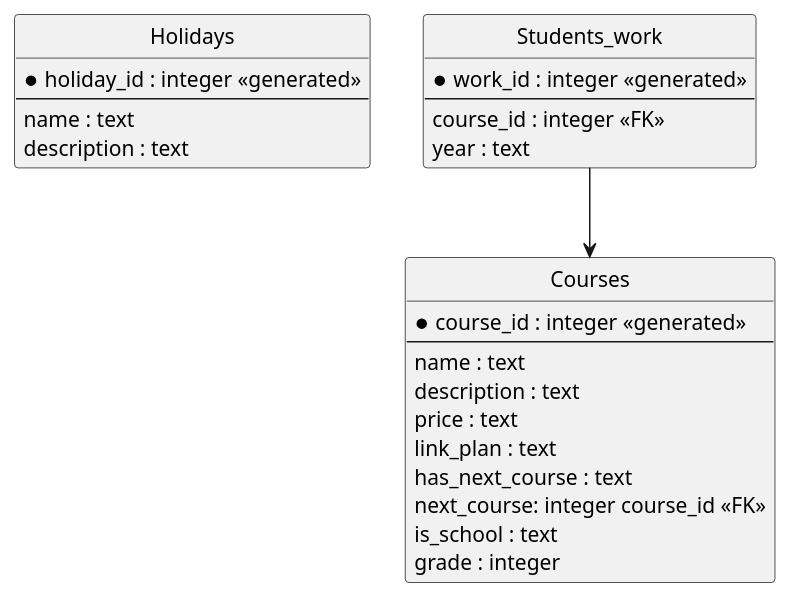
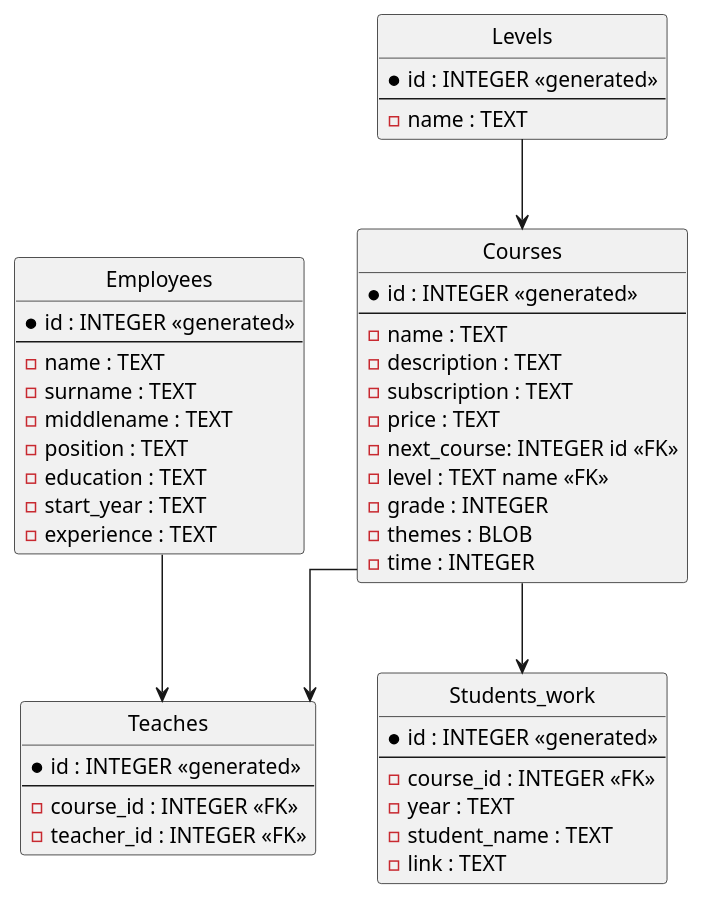
One commit to gitoqe/diploma changed the seventh of 7 diagrams in functional-structure.md. Above: the diagram before and after it, drawn with PlantUML. The commit also changed other lines of this file and 1 other file, not shown here.

Commit message:
fix(chapter-3)(scheme): DB schemes

````diff
--- a/functional-structure.md
+++ b/functional-structure.md
@@ -159,38 +159,65 @@
 ```plantuml
 @startuml
 ' hide the spot
 hide circle
 
 ' avoid problems with angled crows feet
 skinparam linetype ortho
 
-entity "Holidays" as Hld {
-  *holiday_id : integer <<generated>>
+entity "Courses" as Courses {
+  *id : INTEGER <<generated>>
   --
-  name : text
-  description : text
+  - name : TEXT
+  - description : TEXT
+  - subscription : TEXT
+  - price : TEXT  
+  - next_course: INTEGER id <<FK>>
+  - level : TEXT name <<FK>>
+  - grade : INTEGER
+  - themes : BLOB
+  - time : INTEGER
 }
 
-entity "Courses" as Crs {
-  *course_id : integer <<generated>>
+entity "Levels" as Levels {
+  *id : INTEGER <<generated>>
   --
-  name : text
-  description : text
-  price : text  
-  link_plan : text
-  has_next_course : text
-  next_course: integer course_id <<FK>>
-  is_school : text
-  grade : integer
+  - name : TEXT
 }
 
-entity "Students_work" as SW {
-  *work_id : integer <<generated>>
+Levels --> Courses
+
+entity "Students_work" as Students_work {
+  *id : INTEGER <<generated>>
   --
-  course_id : integer <<FK>>
-  year : text
+  - course_id : INTEGER <<FK>>
+  - year : TEXT
+  - student_name : TEXT
+  - link : TEXT
 }
 
-SW --> Crs
+Courses --> Students_work
+
+entity "Employees" as Employees {
+  *id : INTEGER <<generated>>
+  --
+  - name : TEXT
+  - surname : TEXT
+  - middlename : TEXT
+  - position : TEXT
+  - education : TEXT
+  - start_year : TEXT
+  - experience : TEXT
+}
+
+entity "Teaches" as Teaches {
+  *id : INTEGER <<generated>>
+  --
+  - course_id : INTEGER <<FK>>
+  - teacher_id : INTEGER <<FK>>
+}
+
+Courses --> Teaches
+Employees --> Teaches
+
 @enduml
 ```
````
